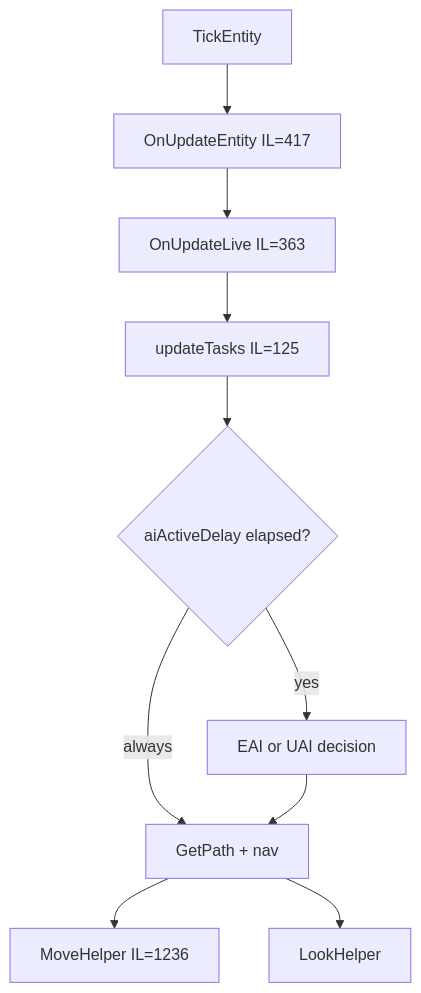
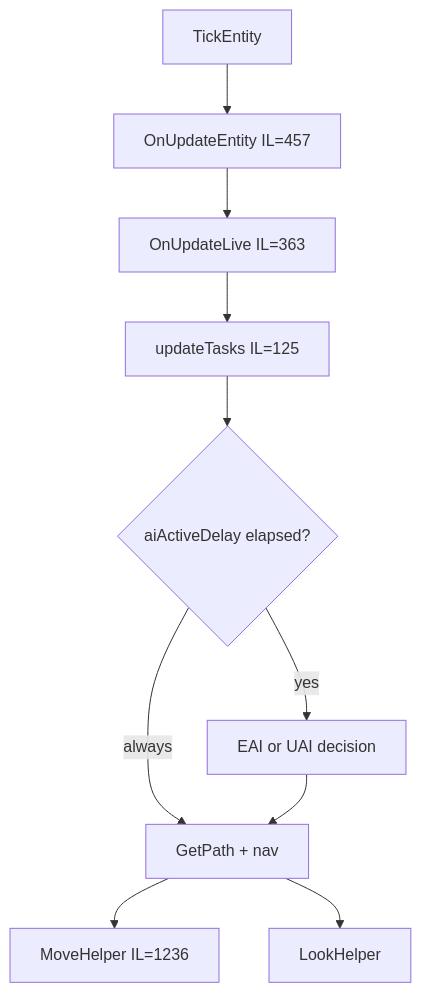
The fifth of 5 diagrams in docs/loop.md (hordeforge/7dtd-engine-research), drawn with Mermaid before and after one commit.

Commit message:
Tier-C: fix loop diagram OnUpdateEntity IL 417->457

````diff
--- a/docs/loop.md
+++ b/docs/loop.md
@@ -318,12 +318,12 @@
 ```mermaid
 flowchart TD
-  TE[TickEntity] --> OUE[OnUpdateEntity IL=417]
+  TE[TickEntity] --> OUE[OnUpdateEntity IL=457]
   OUE --> OUL[OnUpdateLive IL=363]
   OUL --> UT[updateTasks IL=125]
   UT --> LOD{aiActiveDelay elapsed?}
   LOD -->|yes| EAI[EAI or UAI decision]
   LOD -->|always| PATH[GetPath + nav]
   PATH --> MH[MoveHelper IL=1236]
   PATH --> LH[LookHelper]
   EAI --> PATH
 ```
````
